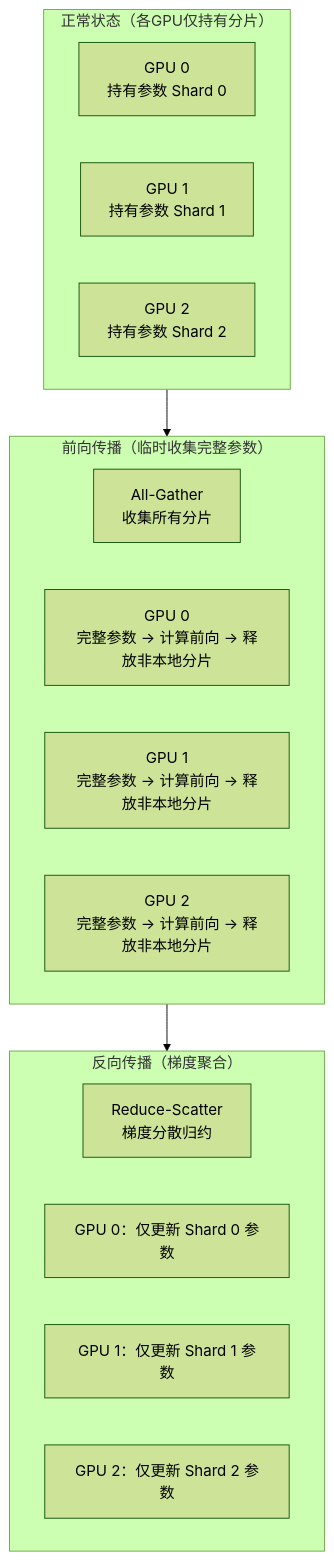
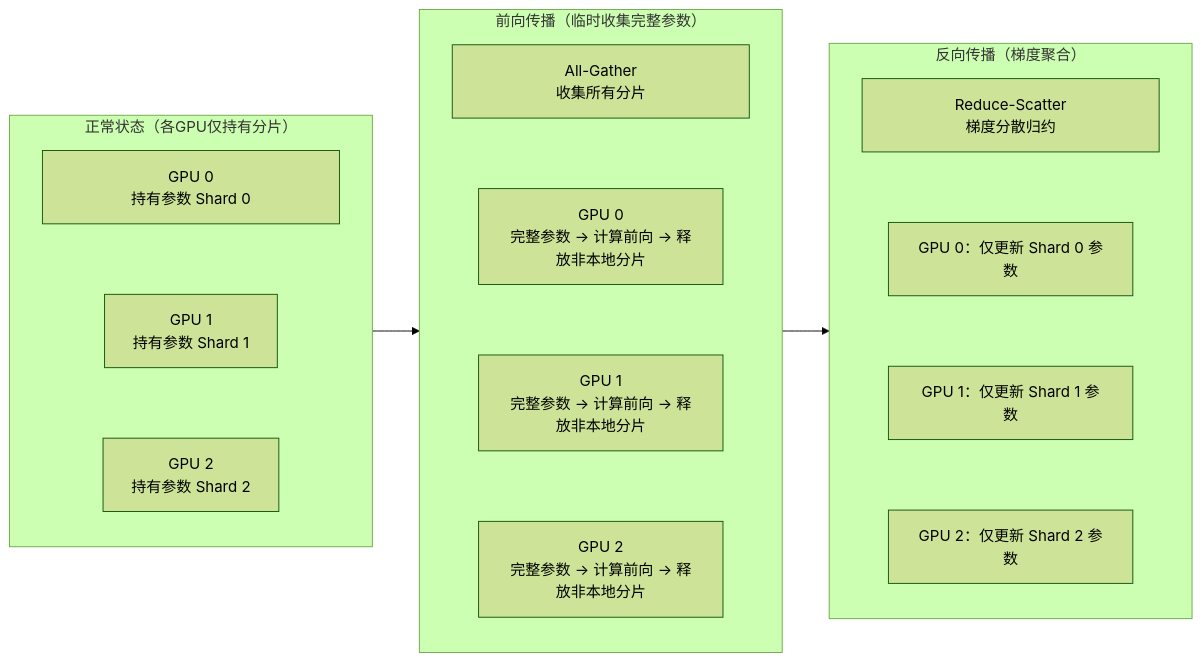
One commit to gqcn/johns-blog changed the fifth of 6 diagrams in docs/docs/1000-AI技术/600-训练微调/150-开发训练框架/1000-大模型训练框架概述.md. Above: the diagram before and after it, drawn with Mermaid (forest theme). The commit also changed other lines of this file, not shown here.

````diff
--- a/docs/docs/1000-AI技术/600-训练微调/150-开发训练框架/1000-大模型训练框架概述.md
+++ b/docs/docs/1000-AI技术/600-训练微调/150-开发训练框架/1000-大模型训练框架概述.md
@@ -317,25 +316,36 @@
 ```mermaid
-graph TB
-    subgraph Normal["正常状态（各GPU仅持有分片）"]
-        N0["GPU 0<br/>持有参数 Shard 0"]
+flowchart LR
+    subgraph Normal["<span style='white-space:nowrap'>正常状态（各GPU仅持有分片）</span>"]
+        direction TB
+        N0["<div style='min-width:16em'>GPU 0<br/>持有参数 Shard 0</div>"]
         N1["GPU 1<br/>持有参数 Shard 1"]
         N2["GPU 2<br/>持有参数 Shard 2"]
+        N0 ~~~ N1
+        N1 ~~~ N2
     end
 
-    subgraph Forward["前向传播（临时收集完整参数）"]
-        F_AG["All-Gather<br/>收集所有分片"]
+    subgraph Forward["<span style='white-space:nowrap'>前向传播（临时收集完整参数）</span>"]
+        direction TB
+        F_AG["<div style='min-width:16em'>All-Gather<br/>收集所有分片</div>"]
         F0["GPU 0<br/>完整参数 → 计算前向 → 释放非本地分片"]
         F1["GPU 1<br/>完整参数 → 计算前向 → 释放非本地分片"]
         F2["GPU 2<br/>完整参数 → 计算前向 → 释放非本地分片"]
+        F_AG ~~~ F0
+        F0 ~~~ F1
+        F1 ~~~ F2
     end
 
-    subgraph Backward["反向传播（梯度聚合）"]
-        B_RS["Reduce-Scatter<br/>梯度分散归约"]
+    subgraph Backward["<span style='white-space:nowrap'>反向传播（梯度聚合）</span>"]
+        direction TB
+        B_RS["<div style='min-width:16em'>Reduce-Scatter<br/>梯度分散归约</div>"]
         B0["GPU 0：仅更新 Shard 0 参数"]
         B1["GPU 1：仅更新 Shard 1 参数"]
         B2["GPU 2：仅更新 Shard 2 参数"]
+        B_RS ~~~ B0
+        B0 ~~~ B1
+        B1 ~~~ B2
     end
 
     Normal --> Forward
     Forward --> Backward
 ```
````
